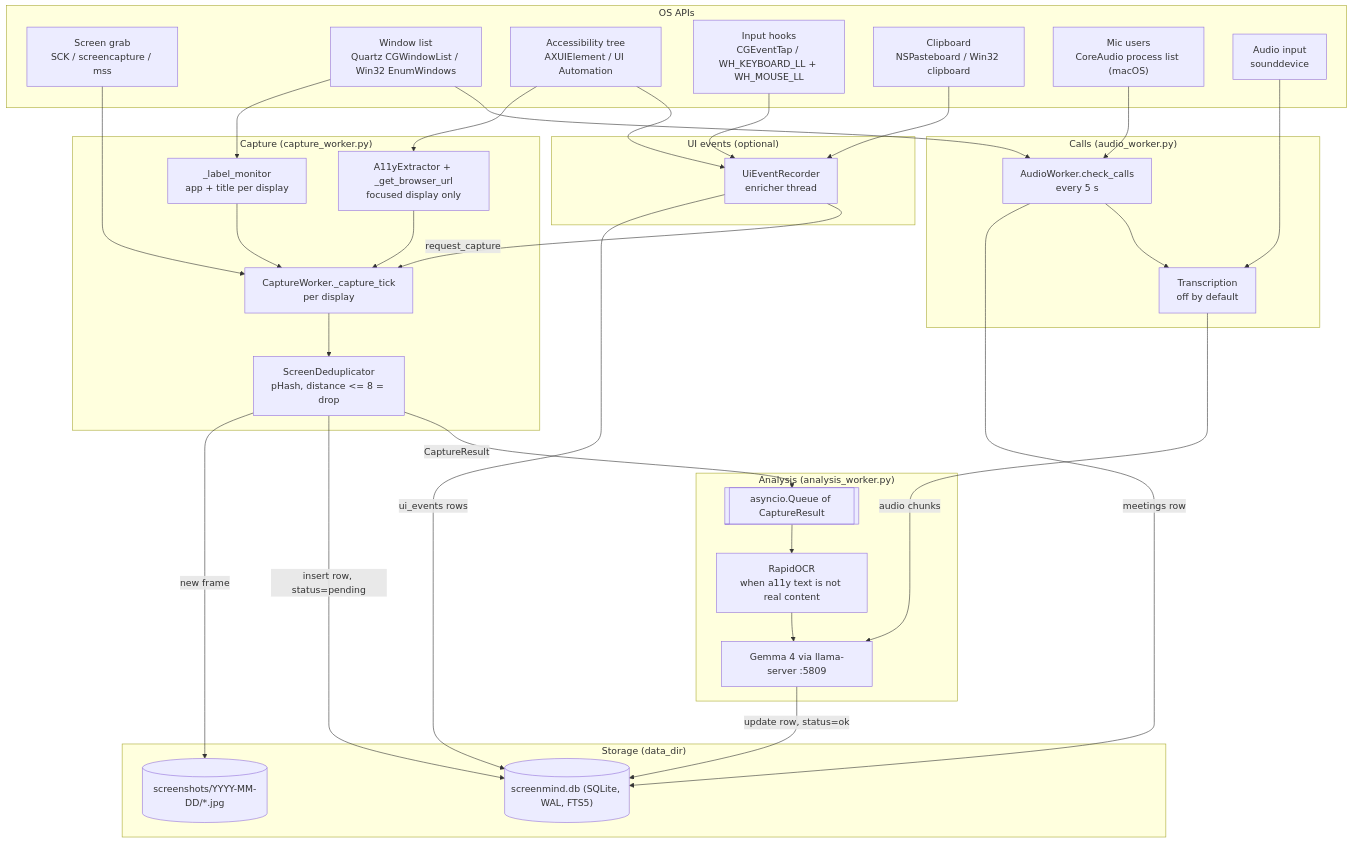
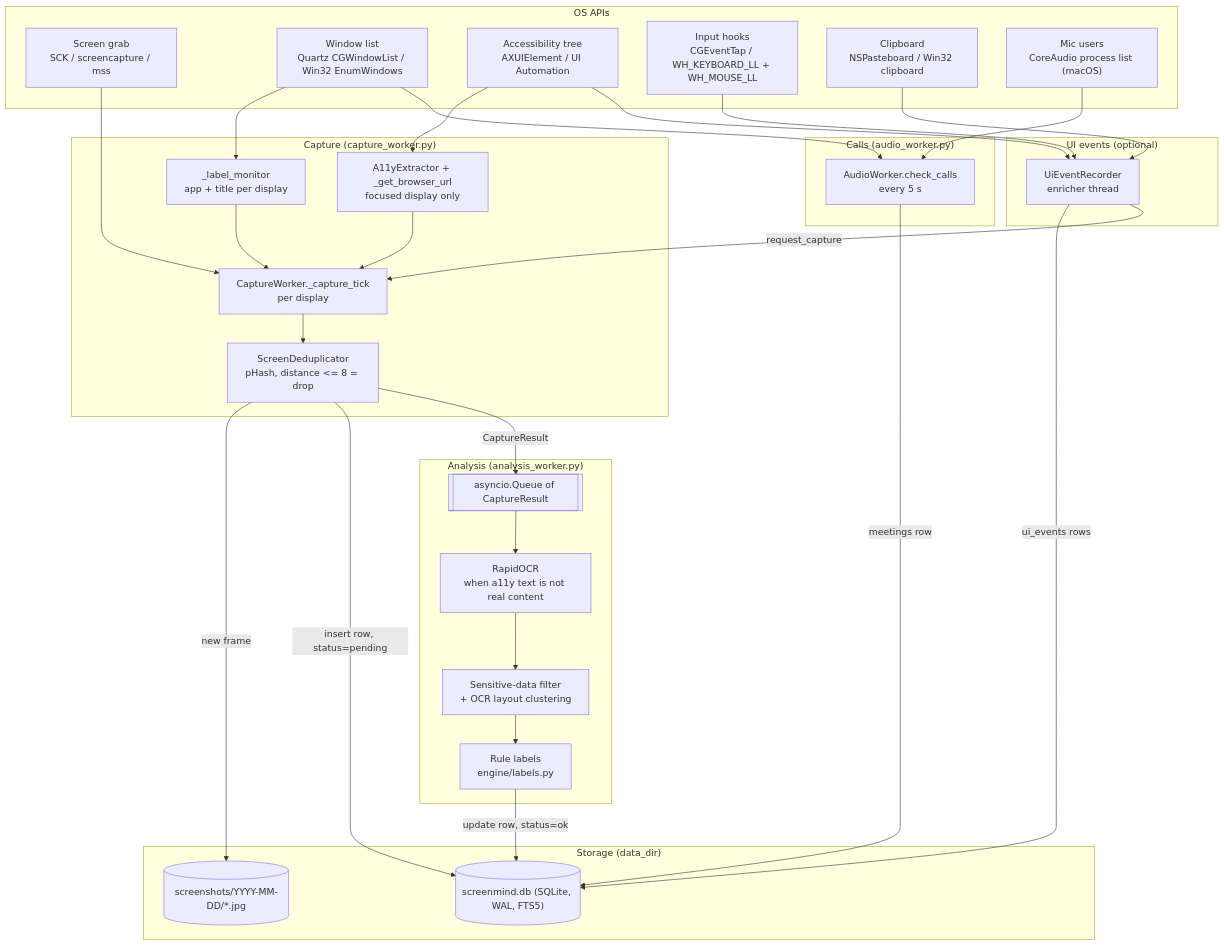
The first of 2 diagrams in docs/architecture/capture.md (Venopacman/ScreenMind), drawn with Mermaid before and after one commit. The commit also changed other lines of this file and 22 other files, not shown here.

First line of the commit message:
docs: describe ScreenMind without Gemma; tune rule labels

````diff
--- a/docs/architecture/capture.md
+++ b/docs/architecture/capture.md
@@ -28,60 +28,56 @@
 ```mermaid
 flowchart TB
   subgraph OS["OS APIs"]
     GRAB["Screen grab<br/>SCK / screencapture / mss"]
     WINS["Window list<br/>Quartz CGWindowList / Win32 EnumWindows"]
     A11Y["Accessibility tree<br/>AXUIElement / UI Automation"]
     HOOK["Input hooks<br/>CGEventTap / WH_KEYBOARD_LL + WH_MOUSE_LL"]
     CLIP["Clipboard<br/>NSPasteboard / Win32 clipboard"]
     COREAUDIO["Mic users<br/>CoreAudio process list (macOS)"]
-    SD["Audio input<br/>sounddevice"]
   end
 
   subgraph CAP["Capture (capture_worker.py)"]
     TICK["CaptureWorker._capture_tick<br/>per display"]
     DEDUP["ScreenDeduplicator<br/>pHash, distance <= 8 = drop"]
     LABEL["_label_monitor<br/>app + title per display"]
     TXT["A11yExtractor + _get_browser_url<br/>focused display only"]
   end
 
   subgraph UIE["UI events (optional)"]
     REC["UiEventRecorder<br/>enricher thread"]
   end
 
   subgraph CALLS["Calls (audio_worker.py)"]
     DET["AudioWorker.check_calls<br/>every 5 s"]
-    TRANS["Transcription<br/>off by default"]
   end
 
   subgraph ANA["Analysis (analysis_worker.py)"]
     Q[["asyncio.Queue of CaptureResult"]]
     OCR["RapidOCR<br/>when a11y text is not real content"]
-    GEMMA["Gemma 4 via llama-server :5809"]
+    FILT["Sensitive-data filter<br/>+ OCR layout clustering"]
+    RULES["Rule labels<br/>engine/labels.py"]
   end
 
   subgraph STORE["Storage (data_dir)"]
     JPG[("screenshots/YYYY-MM-DD/*.jpg")]
     DB[("screenmind.db (SQLite, WAL, FTS5)")]
   end
 
   GRAB --> TICK
   WINS --> LABEL --> TICK
   A11Y --> TXT --> TICK
   TICK --> DEDUP
   DEDUP -- "new frame" --> JPG
   DEDUP -- "insert row, status=pending" --> DB
   DEDUP -- "CaptureResult" --> Q
   HOOK --> REC
   CLIP --> REC
   A11Y --> REC
   REC -- "ui_events rows" --> DB
   REC -- "request_capture" --> TICK
   WINS --> DET
   COREAUDIO --> DET
   DET -- "meetings row" --> DB
-  DET --> TRANS
-  SD --> TRANS
-  TRANS -- "audio chunks" --> GEMMA
-  Q --> OCR --> GEMMA
-  GEMMA -- "update row, status=ok" --> DB
+  Q --> OCR --> FILT --> RULES
+  RULES -- "update row, status=ok" --> DB
 ```
````
